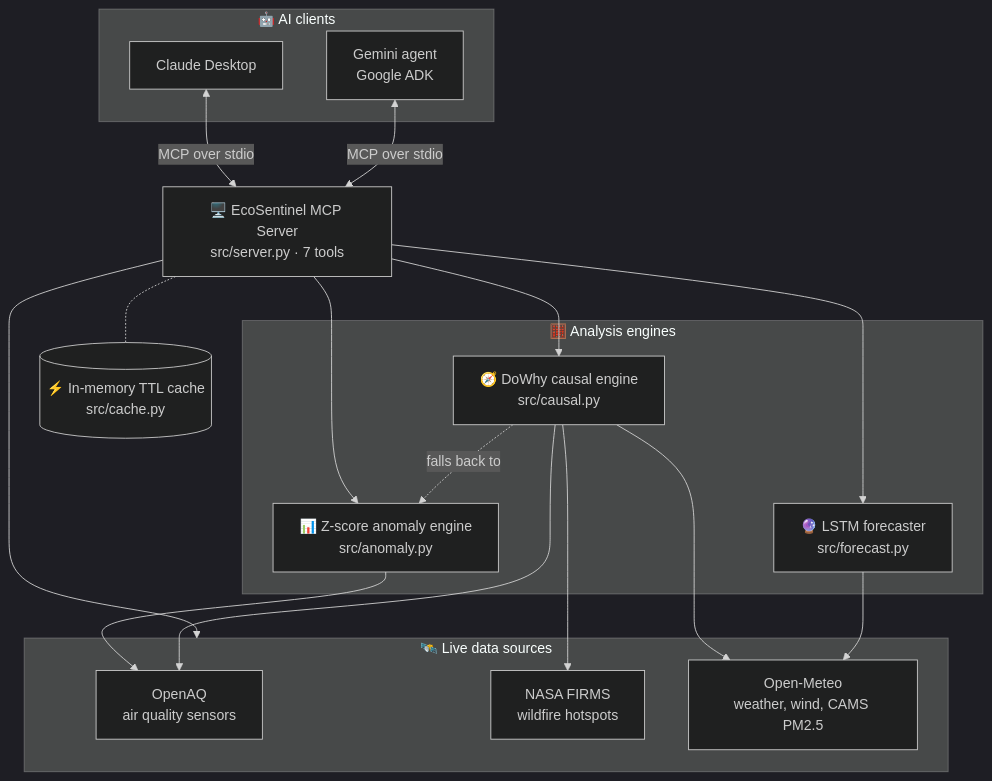
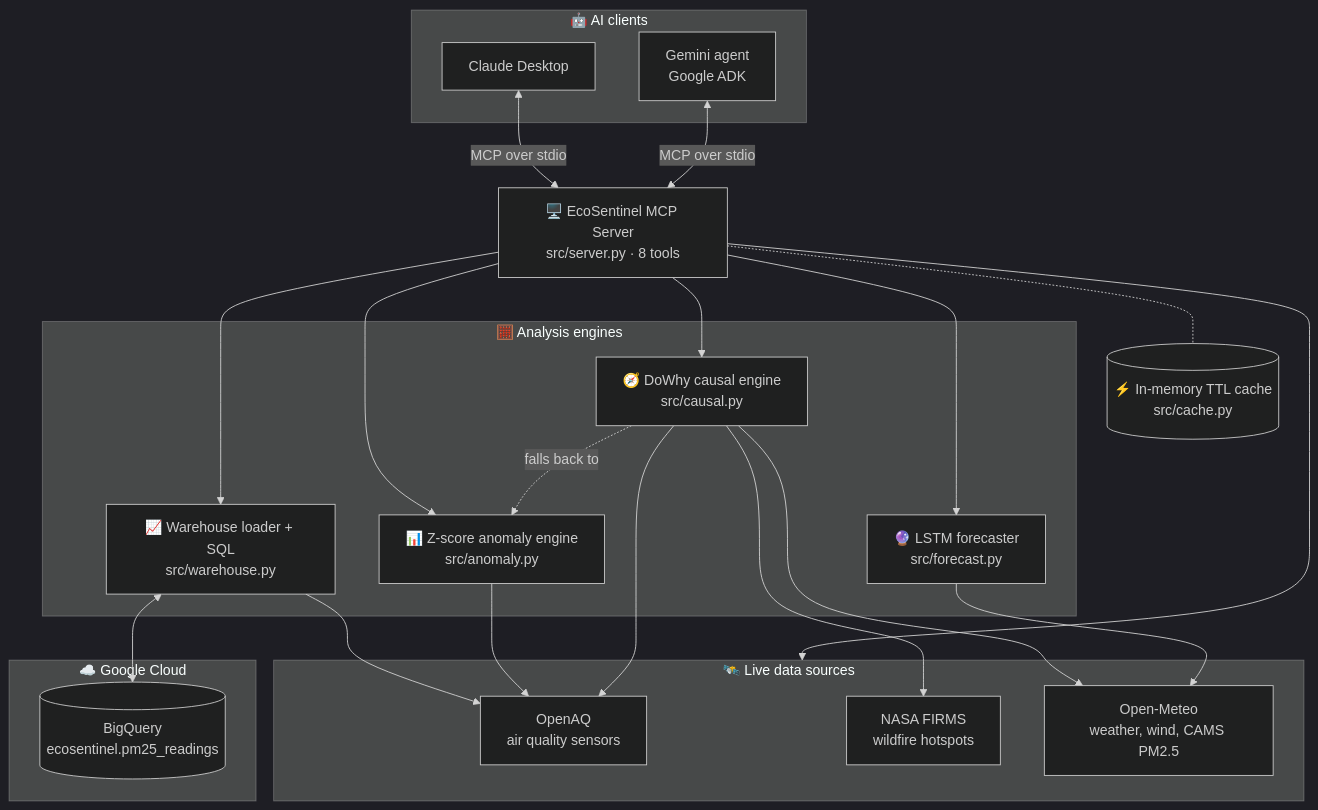
One commit to maahipatel05/ecosentinel changed the third of 18 diagrams in README.md. Above: the diagram before and after it, drawn with Mermaid (dark theme). The commit also changed other lines of this file and 11 other files, not shown here.

````diff
--- a/README.md
+++ b/README.md
@@ -146,38 +153,46 @@
 ```mermaid
 flowchart TB
     subgraph Clients["🤖 AI clients"]
         C["Claude Desktop"]
         G["Gemini agent<br/>Google ADK"]
     end
 
     C <-- "MCP over stdio" --> S
     G <-- "MCP over stdio" --> S
 
-    S["🖥️ EcoSentinel MCP Server<br/>src/server.py · 7 tools"]
+    S["🖥️ EcoSentinel MCP Server<br/>src/server.py · 8 tools"]
 
     subgraph Engines["🧮 Analysis engines"]
         AN["📊 Z-score anomaly engine<br/>src/anomaly.py"]
         CA["🧭 DoWhy causal engine<br/>src/causal.py"]
         FC["🔮 LSTM forecaster<br/>src/forecast.py"]
+        WH["📈 Warehouse loader + SQL<br/>src/warehouse.py"]
+    end
+
+    subgraph GCP["☁️ Google Cloud"]
+        BQ[("BigQuery<br/>ecosentinel.pm25_readings")]
     end
 
     subgraph Data["🛰️ Live data sources"]
         AQ["OpenAQ<br/>air quality sensors"]
         FI["NASA FIRMS<br/>wildfire hotspots"]
         OM["Open-Meteo<br/>weather, wind, CAMS PM2.5"]
     end
 
     S --> AN
     S --> CA
     S --> FC
+    S --> WH
     S --> Data
+    WH --> AQ
+    WH <--> BQ
     AN --> AQ
     CA --> AQ
     CA --> FI
     CA --> OM
     FC --> OM
     CA -. "falls back to" .-> AN
 
     CACHE[("⚡ In-memory TTL cache<br/>src/cache.py")]
     S -.- CACHE
 ```
````
